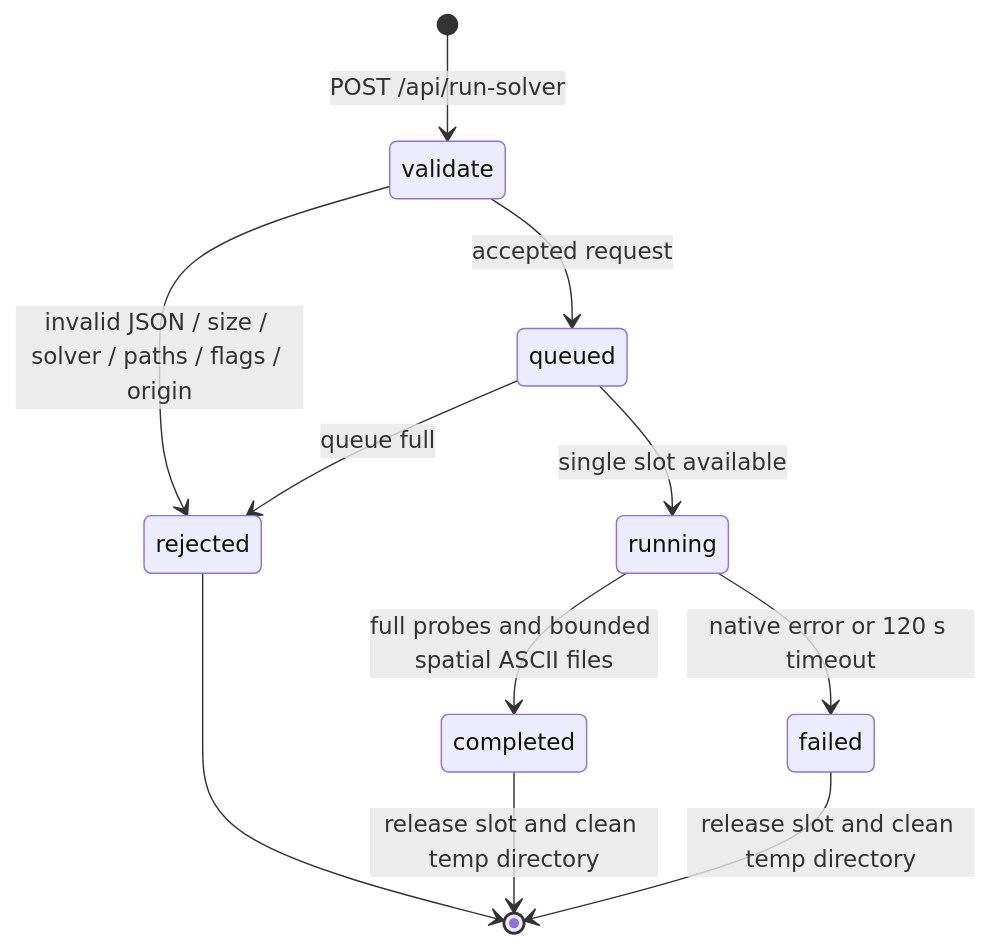
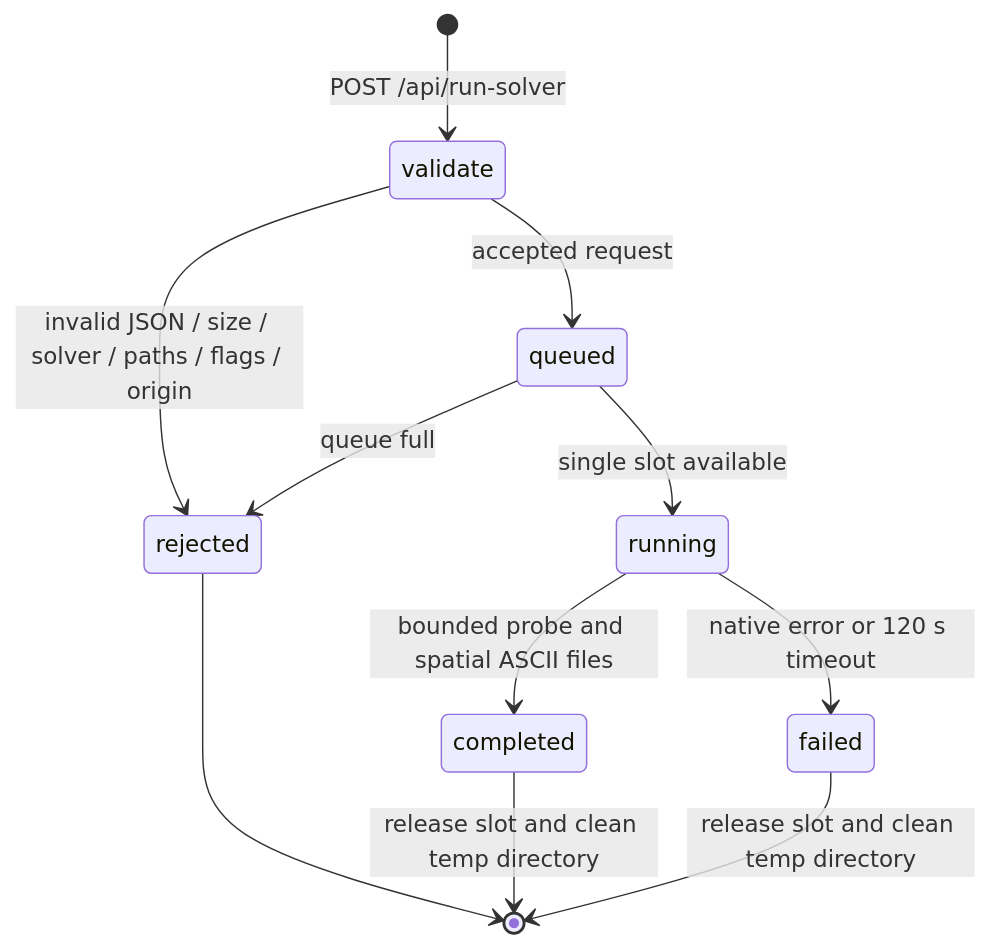
The seventh of 7 diagrams in docs/ARCHITECTURE.md (tscircuit/pcb-spice-pipeline), drawn with Mermaid before and after one commit. The commit also changed other lines of this file and 7 other files, not shown here.

````diff
--- a/docs/ARCHITECTURE.md
+++ b/docs/ARCHITECTURE.md
@@ -264,13 +276,13 @@
 ```mermaid
 stateDiagram-v2
   [*] --> validate: POST /api/run-solver
   validate --> rejected: invalid JSON / size / solver / paths / flags / origin
   validate --> queued: accepted request
   queued --> rejected: queue full
   queued --> running: single slot available
-  running --> completed: full probes and bounded spatial ASCII files
+  running --> completed: bounded probe and spatial ASCII files
   running --> failed: native error or 120 s timeout
   completed --> [*]: release slot and clean temp directory
   failed --> [*]: release slot and clean temp directory
   rejected --> [*]
 ```
````
